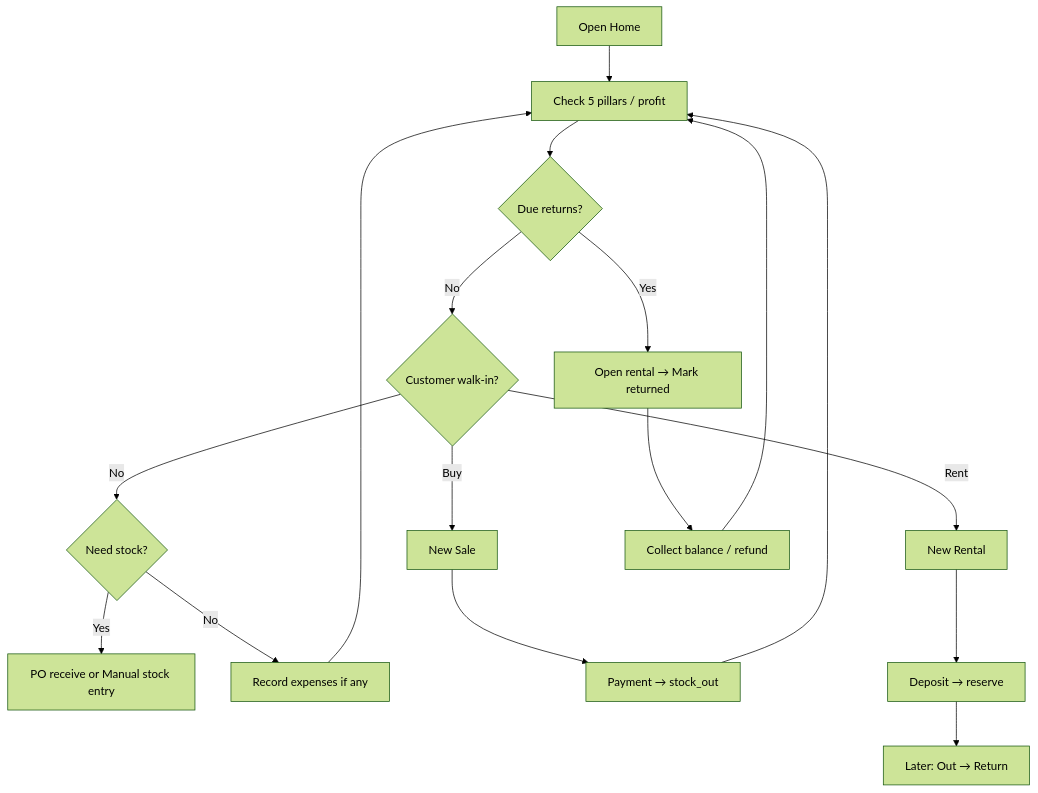
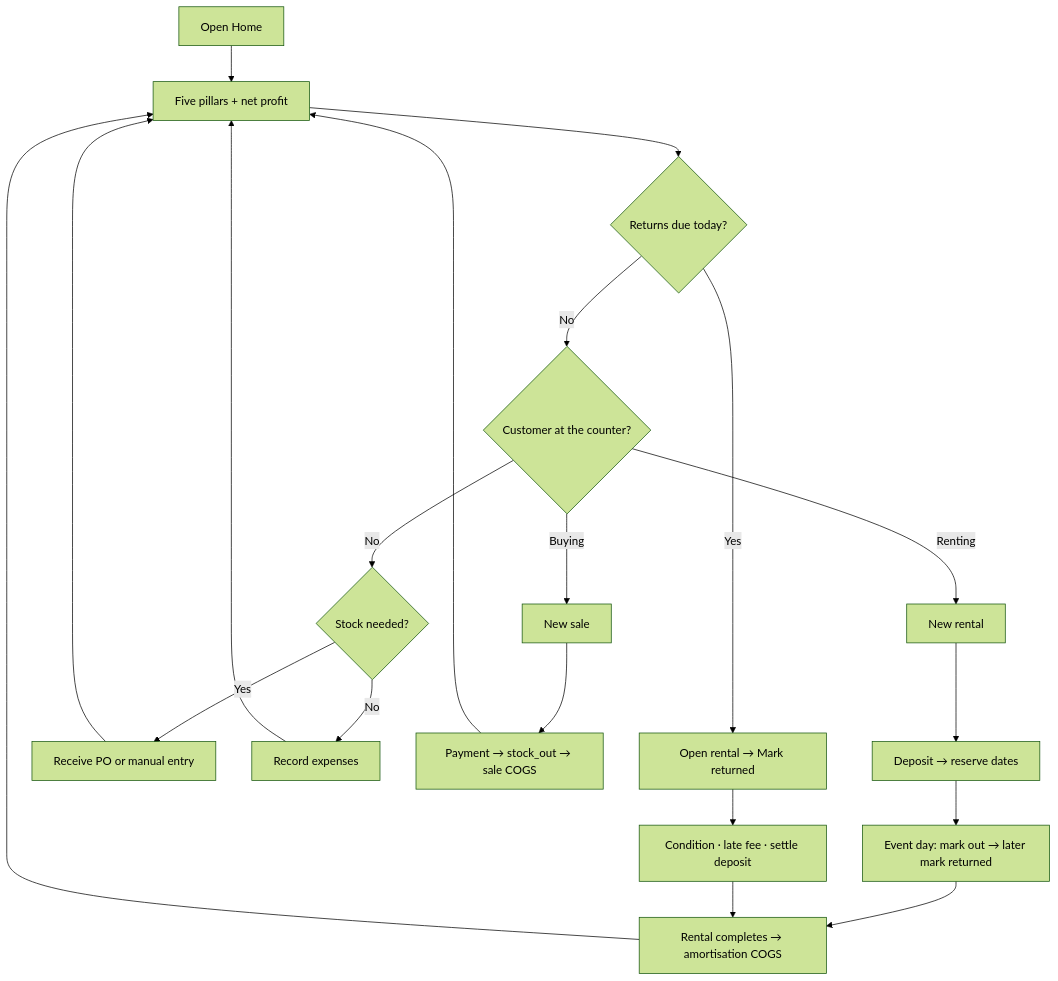
The third of 14 diagrams in specs/flows/application-flows.md (niaazaai/boms), drawn with Mermaid (forest theme) before and after one commit. The commit also changed other lines of this file and 61 other files, not shown here.

````diff
--- a/specs/flows/application-flows.md
+++ b/specs/flows/application-flows.md
@@ -29,17 +53,19 @@
 ```mermaid
 flowchart TD
-  A[Open Home] --> B[Check 5 pillars / profit]
-  B --> C{Due returns?}
+  A[Open Home] --> B[Five pillars + net profit]
+  B --> C{Returns due today?}
   C -->|Yes| D[Open rental → Mark returned]
-  C -->|No| E{Customer walk-in?}
-  E -->|Buy| F[New Sale]
-  E -->|Rent| G[New Rental]
-  E -->|No| H{Need stock?}
-  H -->|Yes| I[PO receive or Manual stock entry]
-  H -->|No| J[Record expenses if any]
-  F --> K[Payment → stock_out]
-  G --> L[Deposit → reserve]
-  L --> M[Later: Out → Return]
-  D --> N[Collect balance / refund]
-  K & N & J --> B
+  D --> D2[Condition · late fee · settle deposit]
+  C -->|No| E{Customer at the counter?}
+  E -->|Buying| F[New sale]
+  E -->|Renting| G[New rental]
+  E -->|No| H{Stock needed?}
+  H -->|Yes| I[Receive PO or manual entry]
+  H -->|No| J[Record expenses]
+  F --> K[Payment → stock_out → sale COGS]
+  G --> L[Deposit → reserve dates]
+  L --> M[Event day: mark out → later mark returned]
+  M --> N[Rental completes → amortisation COGS]
+  D2 --> N
+  K & N & I & J --> B
 ```
````
